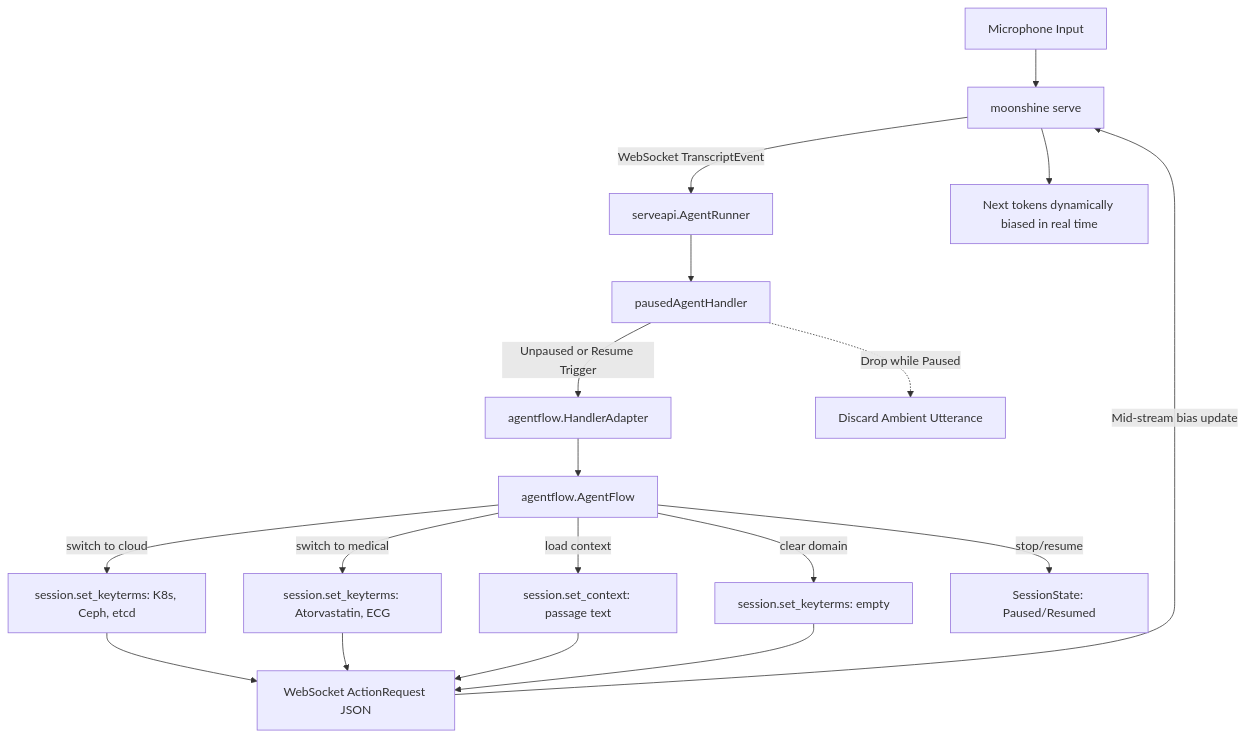
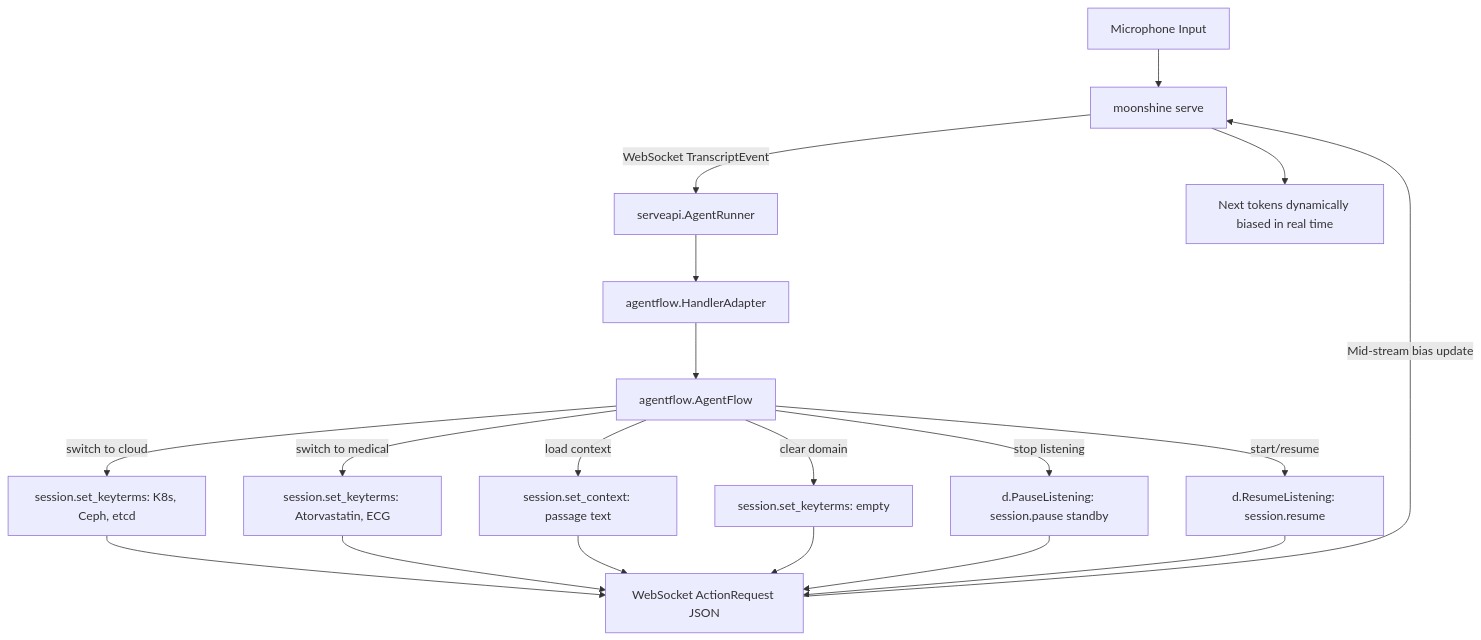
Before and after one commit to ghchinoy/moonshine-go: the diagram in samples/go-domain-customization/README.md, drawn with Mermaid. The commit also changed other lines of this file and 11 other files, not shown here.

First line of the commit message:
feat(samples): adopt native server standby and Dialog.PauseListening (#xdme) (#53)

````diff
--- a/samples/go-domain-customization/README.md
+++ b/samples/go-domain-customization/README.md
@@ -25,23 +25,24 @@
 ```mermaid
 flowchart TD
     Mic[Microphone Input] --> Serve[moonshine serve]
     Serve -->|WebSocket TranscriptEvent| Runner[serveapi.AgentRunner]
-    Runner --> Gate[pausedAgentHandler]
-    Gate -->|Unpaused or Resume Trigger| Adapter[agentflow.HandlerAdapter]
-    Gate -.->|Drop while Paused| Discard[Discard Ambient Utterance]
+    Runner --> Adapter[agentflow.HandlerAdapter]
     Adapter --> Flow[agentflow.AgentFlow]
 
     Flow -->|"switch to cloud"| K8s[session.set_keyterms: K8s, Ceph, etcd]
     Flow -->|"switch to medical"| Med[session.set_keyterms: Atorvastatin, ECG]
     Flow -->|"load context"| Ctx[session.set_context: passage text]
     Flow -->|"clear domain"| Clr[session.set_keyterms: empty]
-    Flow -->|"stop/resume"| Ctrl[SessionState: Paused/Resumed]
+    Flow -->|"stop listening"| Pause[d.PauseListening: session.pause standby]
+    Flow -->|"start/resume"| Resume[d.ResumeListening: session.resume]
 
     K8s --> Action[WebSocket ActionRequest JSON]
     Med --> Action
     Ctx --> Action
     Clr --> Action
+    Pause --> Action
+    Resume --> Action
 
     Action -->|Mid-stream bias update| Serve
     Serve --> Biased[Next tokens dynamically biased in real time]
 ```
````
